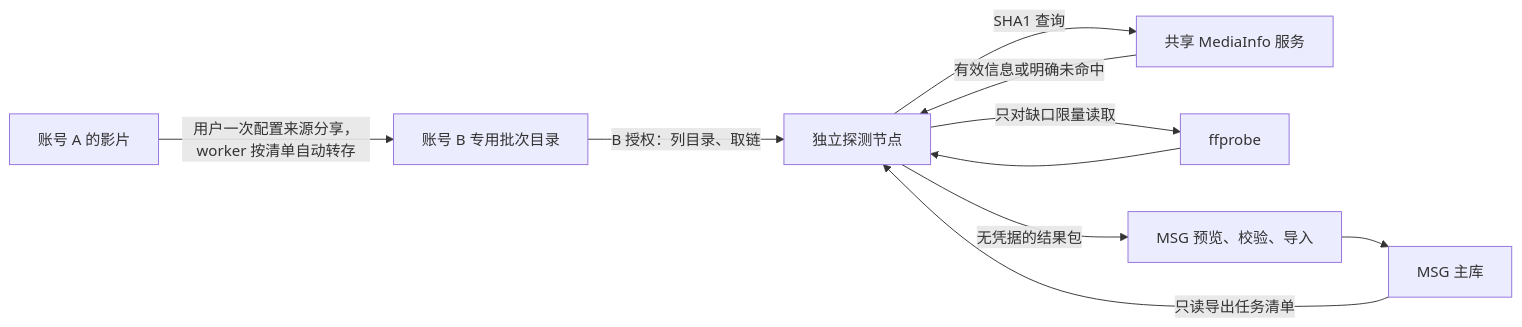
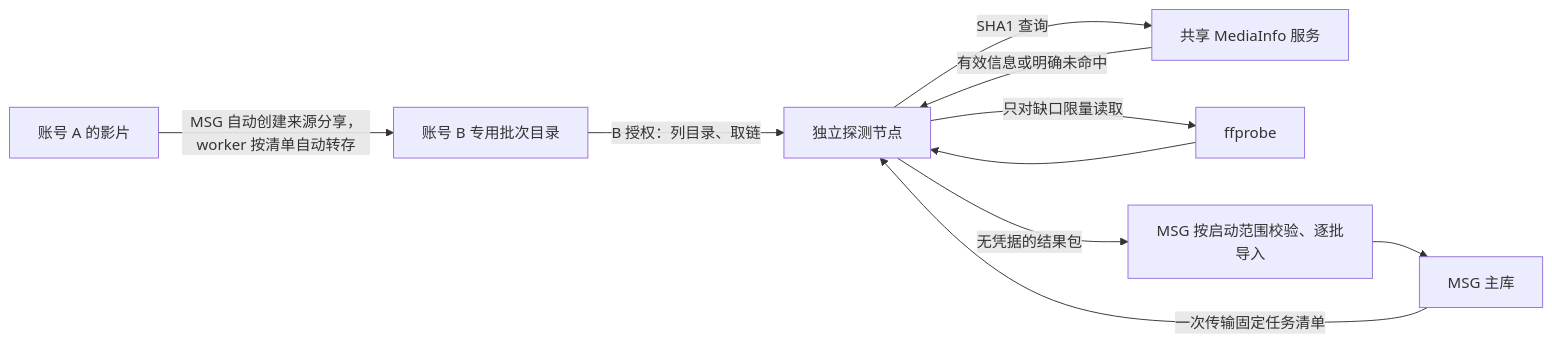
One commit to timefunnel/MediaStationGo changed the diagram in docs/secondary-account-media-probe-design.md. Above: the diagram before and after it, drawn with Mermaid. The commit also changed other lines of this file and 20 other files, not shown here.

````diff
--- a/docs/secondary-account-media-probe-design.md
+++ b/docs/secondary-account-media-probe-design.md
@@ -34,12 +34,12 @@
 ```mermaid
 flowchart LR
-    A[账号 A 的影片] -->|用户一次配置来源分享，worker 按清单自动转存| B[账号 B 专用批次目录]
-    M[MSG 主库] -->|只读导出任务清单| W[独立探测节点]
+    A[账号 A 的影片] -->|MSG 自动创建来源分享，worker 按清单自动转存| B[账号 B 专用批次目录]
+    M[MSG 主库] -->|一次传输固定任务清单| W[独立探测节点]
     B -->|B 授权：列目录、取链| W
     W -->|SHA1 查询| C[共享 MediaInfo 服务]
     C -->|有效信息或明确未命中| W
     W -->|只对缺口限量读取| P[ffprobe]
     P --> W
-    W -->|无凭据的结果包| I[MSG 预览、校验、导入]
+    W -->|无凭据的结果包| I[MSG 按启动范围校验、逐批导入]
     I --> M
 ```
````
